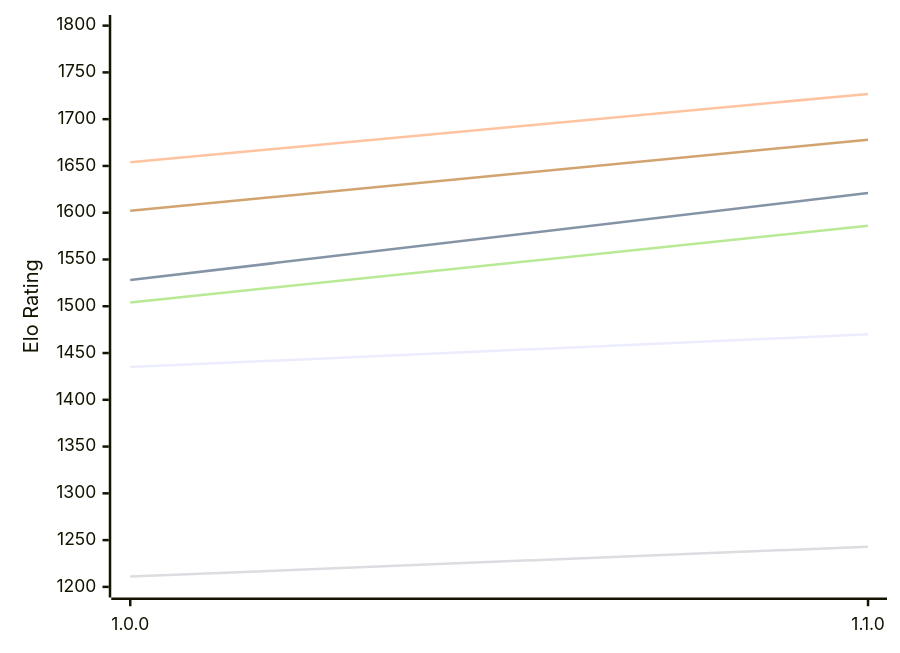
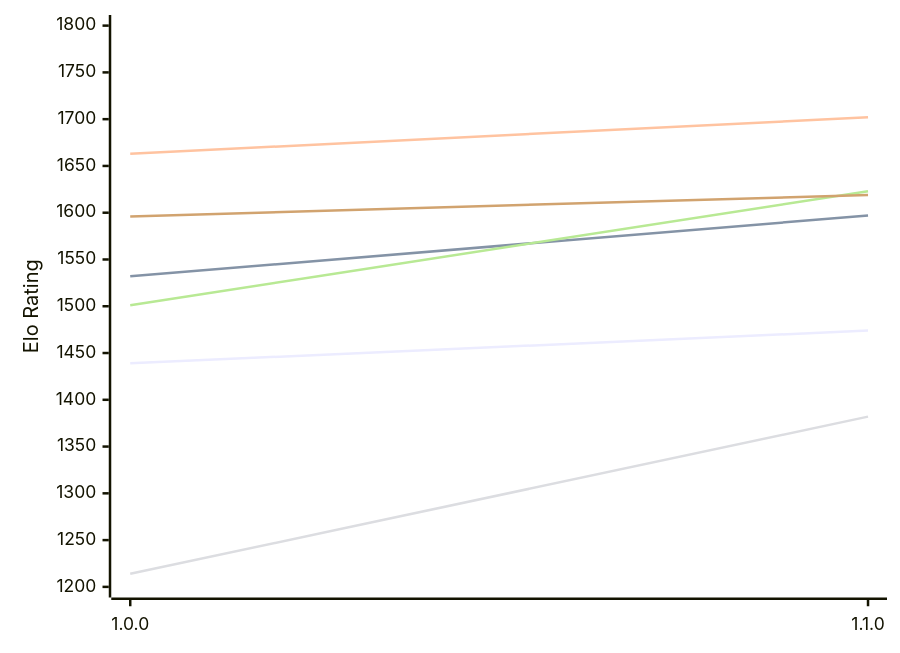
Before and after one commit to computer-chess-index/cci: the diagram in engines/Klak.md, drawn with Mermaid. The commit also changed other lines of this file, not shown here.

Commit message:
Update CCI Ratings (ELO VLTC) - 2026-11-10

````diff
--- a/engines/Klak.md
+++ b/engines/Klak.md
@@ -49,12 +49,12 @@
 ```mermaid
 %%{init: {"theme":"base","themeVariables":{"seriesColors:['#a3a3a3','#222221','#faa371']}}}%%
 xychart-beta
   x-axis ["1.0.0", "1.1.0"]
   y-axis "Elo Rating" 1200 --> 1800
-  line "E1: STC (8.0+0.08s)" [1435, 1470]
-  line "E1: LTC (60.0+0.60s)" [1528, 1621]
-  line "E1: VLTC (2m24s+1.12s)" [1654, 1727]
-  line "P1: STC (8.0+0.08s)" [1211, 1243]
-  line "P1: LTC (60.0+0.60s)" [1504, 1586]
-  line "P1: VLTC (2m24s+1.12s)" [1602, 1678]
+  line "E1: STC (8.0+0.08s)" [1439, 1474]
+  line "E1: LTC (60.0+0.60s)" [1532, 1597]
+  line "E1: VLTC (2m24s+1.12s)" [1663, 1702]
+  line "P1: STC (8.0+0.08s)" [1214, 1382]
+  line "P1: LTC (60.0+0.60s)" [1501, 1623]
+  line "P1: VLTC (2m24s+1.12s)" [1596, 1619]
 ```
````
